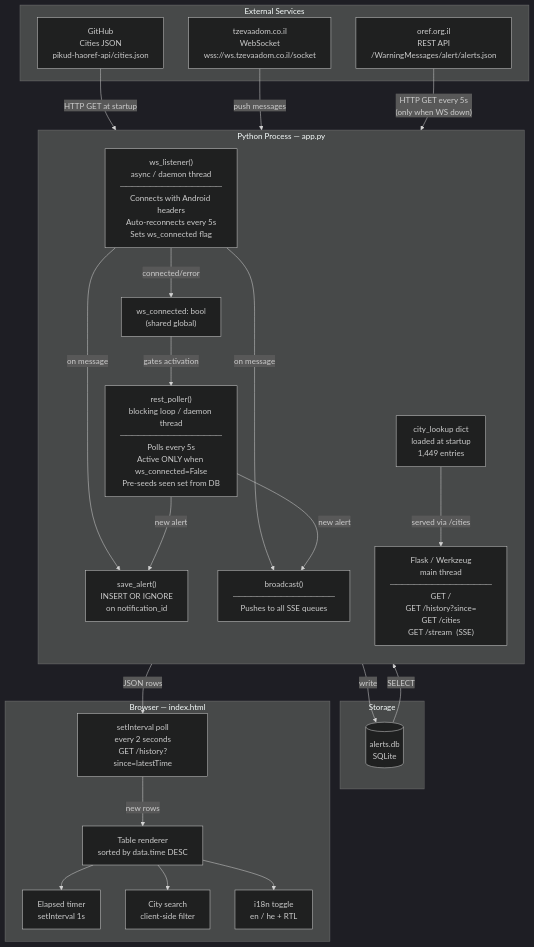
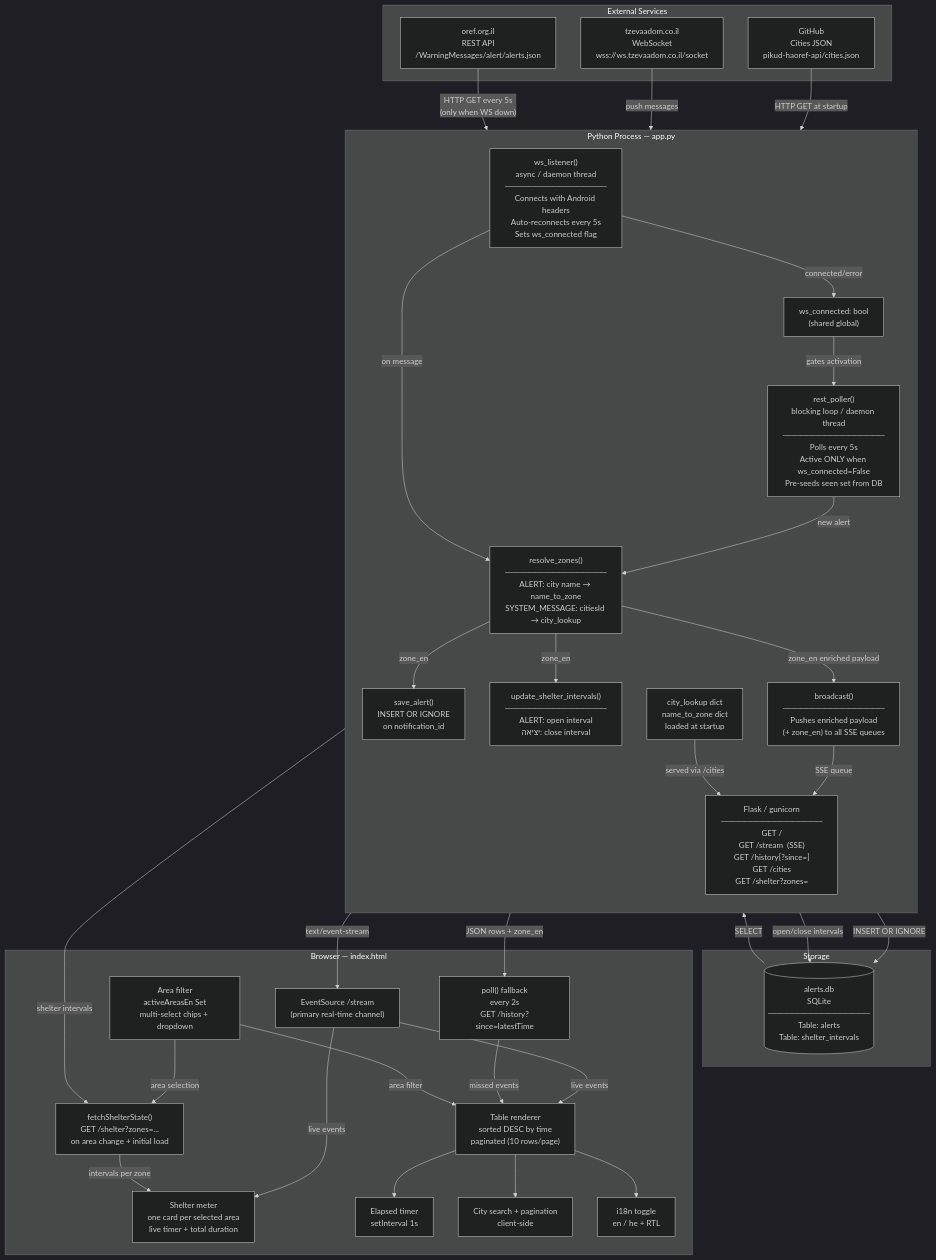
Before and after one commit to Daniel1Maymon/israel-alert-tracker: the first of 2 diagrams in docs/SYSTEM_DIAGRAM.md, drawn with Mermaid (dark theme). The commit also changed other lines of this file and 10 other files, not shown here.

First line of the commit message:
Refactor backend into modules; add SSE, shelter intervals, pagination, multi-area filter

````diff
--- a/docs/SYSTEM_DIAGRAM.md
+++ b/docs/SYSTEM_DIAGRAM.md
@@ -5,49 +5,65 @@
 ```mermaid
 graph TD
     subgraph External["External Services"]
         TZW["tzevaadom.co.il\nWebSocket\nwss://ws.tzevaadom.co.il/socket"]
         OREF["oref.org.il\nREST API\n/WarningMessages/alert/alerts.json"]
         CITIES["GitHub\nCities JSON\npikud-haoref-api/cities.json"]
     end
 
     subgraph Process["Python Process — app.py"]
         direction TB
         WS["ws_listener()\nasync / daemon thread\n─────────────────\nConnects with Android headers\nAuto-reconnects every 5s\nSets ws_connected flag"]
         REST["rest_poller()\nblocking loop / daemon thread\n─────────────────\nPolls every 5s\nActive ONLY when ws_connected=False\nPre-seeds seen set from DB"]
         FLAG["ws_connected: bool\n(shared global)"]
-        BC["broadcast()\n─────────────────\nPushes to all SSE queues"]
+        RZ["resolve_zones()\n─────────────────\nALERT: city name → name_to_zone\nSYSTEM_MESSAGE: citiesId → city_lookup"]
+        SH["update_shelter_intervals()\n─────────────────\nALERT: open interval\nיציאה: close interval"]
+        BC["broadcast()\n─────────────────\nPushes enriched payload\n(+ zone_en) to all SSE queues"]
         DB_FN["save_alert()\nINSERT OR IGNORE\non notification_id"]
-        FLASK["Flask / Werkzeug\nmain thread\n─────────────────\nGET /\nGET /history?since=\nGET /cities\nGET /stream  (SSE)"]
-        MEM["city_lookup dict\nloaded at startup\n1,449 entries"]
+        FLASK["Flask / gunicorn\n─────────────────\nGET /\nGET /stream  (SSE)\nGET /history[?since=]\nGET /cities\nGET /shelter?zones="]
+        MEM["city_lookup dict\nname_to_zone dict\nloaded at startup"]
     end
 
     subgraph Storage["Storage"]
-        DB[("alerts.db\nSQLite")]
+        DB[("alerts.db\nSQLite\n─────────────────\nTable: alerts\nTable: shelter_intervals")]
     end
 
     subgraph Browser["Browser — index.html"]
-        POLL["setInterval poll\nevery 2 seconds\nGET /history?since=latestTime"]
-        RENDER["Table renderer\nsorted by data.time DESC"]
+        SSE_C["EventSource /stream\n(primary real-time channel)"]
+        POLL["poll() fallback\nevery 2s\nGET /history?since=latestTime"]
+        SHELTER_F["fetchShelterState()\nGET /shelter?zones=...\non area change + initial load"]
+        FILTER["Area filter\nactiveAreasEn Set\nmulti-select chips + dropdown"]
+        SHELTER_UI["Shelter meter\none card per selected area\nlive timer + total duration"]
+        RENDER["Table renderer\nsorted DESC by time\npaginated (10 rows/page)"]
         ELAPSED["Elapsed timer\nsetInterval 1s"]
-        SEARCH["City search\nclient-side filter"]
+        SEARCH["City search + pagination\nclient-side"]
         I18N["i18n toggle\nen / he + RTL"]
     end
 
     CITIES -->|"HTTP GET at startup"| MEM
     TZW -->|"push messages"| WS
-    WS -->|"on message"| DB_FN
-    WS -->|"on message"| BC
+    WS -->|"on message"| RZ
+    RZ -->|"zone_en"| DB_FN
+    RZ -->|"zone_en"| SH
+    RZ -->|"zone_en enriched payload"| BC
     WS -->|"connected/error"| FLAG
     FLAG -->|"gates activation"| REST
     OREF -->|"HTTP GET every 5s\n(only when WS down)"| REST
-    REST -->|"new alert"| DB_FN
-    REST -->|"new alert"| BC
-    DB_FN -->|"write"| DB
+    REST -->|"new alert"| RZ
+    DB_FN -->|"INSERT OR IGNORE"| DB
+    SH -->|"open/close intervals"| DB
     MEM -->|"served via /cities"| FLASK
     DB -->|"SELECT"| FLASK
-    FLASK -->|"JSON rows"| POLL
-    POLL -->|"new rows"| RENDER
+    BC -->|"SSE queue"| FLASK
+    FLASK -->|"text/event-stream"| SSE_C
+    FLASK -->|"JSON rows + zone_en"| POLL
+    FLASK -->|"shelter intervals"| SHELTER_F
+    SSE_C -->|"live events"| RENDER
+    SSE_C -->|"live events"| SHELTER_UI
+    POLL -->|"missed events"| RENDER
+    SHELTER_F -->|"intervals per zone"| SHELTER_UI
+    FILTER -->|"area selection"| SHELTER_F
+    FILTER -->|"area filter"| RENDER
     RENDER --> ELAPSED
     RENDER --> SEARCH
     RENDER --> I18N
 ```
````
